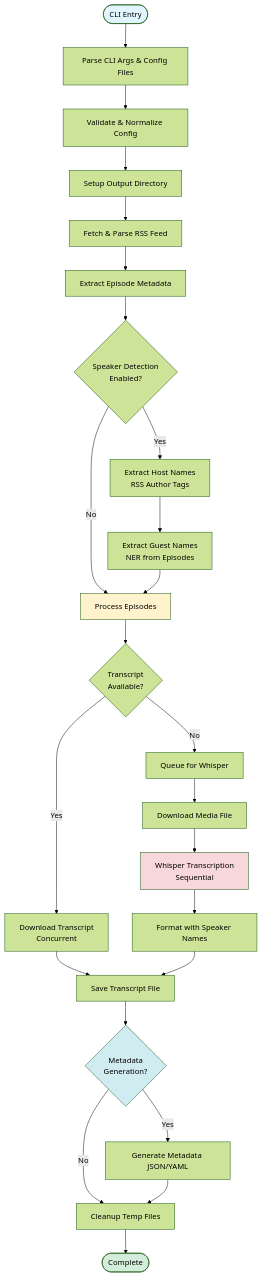
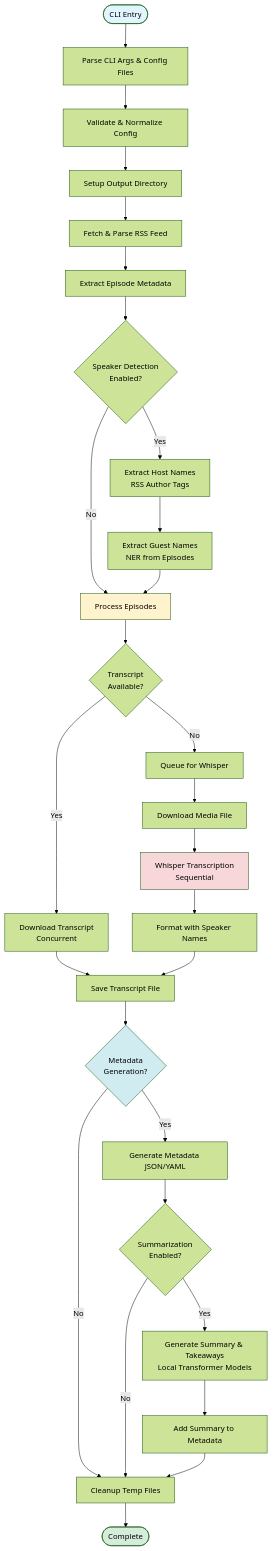
Before and after one commit to chipi/podcast_scraper: the first of 6 diagrams in docs/ARCHITECTURE.md, drawn with Mermaid (forest theme). The commit also changed other lines of this file and 53 other files, not shown here.

````diff
--- a/docs/ARCHITECTURE.md
+++ b/docs/ARCHITECTURE.md
@@ -21,32 +23,36 @@
 ```mermaid
 flowchart TD
     Start([CLI Entry]) --> Parse[Parse CLI Args & Config Files]
     Parse --> Validate[Validate & Normalize Config]
     Validate --> Setup[Setup Output Directory]
     Setup --> FetchRSS[Fetch & Parse RSS Feed]
     FetchRSS --> ExtractEpisodes[Extract Episode Metadata]
     ExtractEpisodes --> DetectSpeakers{Speaker Detection<br/>Enabled?}
     DetectSpeakers -->|Yes| ExtractHosts[Extract Host Names<br/>RSS Author Tags]
     ExtractHosts --> ExtractGuests[Extract Guest Names<br/>NER from Episodes]
     DetectSpeakers -->|No| ProcessEpisodes[Process Episodes]
     ExtractGuests --> ProcessEpisodes
     ProcessEpisodes --> CheckTranscript{Transcript<br/>Available?}
     CheckTranscript -->|Yes| DownloadTranscript[Download Transcript<br/>Concurrent]
     CheckTranscript -->|No| QueueWhisper[Queue for Whisper]
     DownloadTranscript --> SaveTranscript[Save Transcript File]
     QueueWhisper --> DownloadMedia[Download Media File]
     DownloadMedia --> Transcribe[Whisper Transcription<br/>Sequential]
     Transcribe --> FormatScreenplay[Format with Speaker Names]
     FormatScreenplay --> SaveTranscript
     SaveTranscript --> GenerateMetadata{Metadata<br/>Generation?}
     GenerateMetadata -->|Yes| CreateMetadata[Generate Metadata JSON/YAML]
     GenerateMetadata -->|No| Cleanup
-    CreateMetadata --> Cleanup[Cleanup Temp Files]
+    CreateMetadata --> GenerateSummary{Summarization<br/>Enabled?}
+    GenerateSummary -->|Yes| Summarize[Generate Summary & Takeaways<br/>Local Transformer Models]
+    GenerateSummary -->|No| Cleanup
+    Summarize --> AddSummaryToMetadata[Add Summary to Metadata]
+    AddSummaryToMetadata --> Cleanup[Cleanup Temp Files]
     Cleanup --> End([Complete])
     
     style Start fill:#e1f5ff
     style End fill:#d4edda
     style ProcessEpisodes fill:#fff3cd
     style Transcribe fill:#f8d7da
     style GenerateMetadata fill:#d1ecf1
 ```
````
